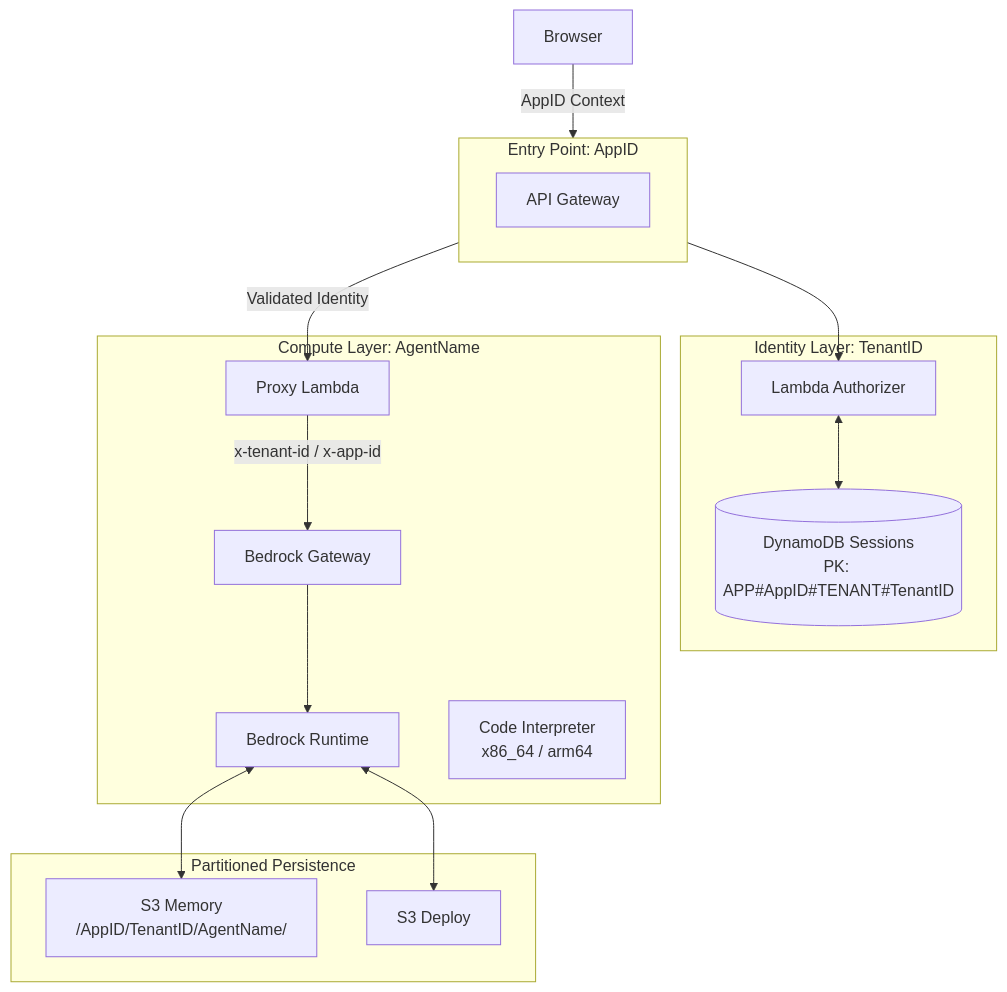
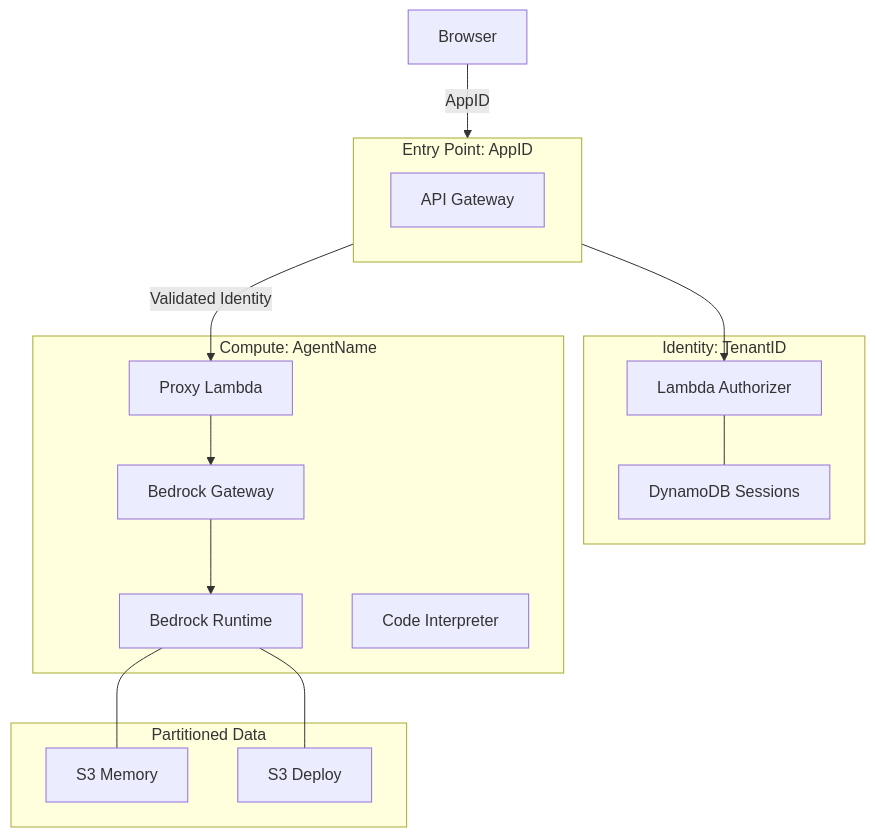
One commit to j3brns/tf-harness-acore changed the second of 2 diagrams in README.md. Above: the diagram before and after it, drawn with Mermaid. The commit also changed other lines of this file, not shown here.

````diff
--- a/README.md
+++ b/README.md
@@ -57,32 +86,32 @@
 ```mermaid
-flowchart TD
-    subgraph North["Entry Point: AppID"]
-        APIGW["API Gateway"]
+graph TD
+    subgraph North[Entry Point: AppID]
+        APIGW[API Gateway]
     end
 
-    subgraph Middle["Identity Layer: TenantID"]
-        LAuthorizer["Lambda Authorizer"]
-        DDB[("DynamoDB Sessions<br/>PK: APP#AppID#TENANT#TenantID")]
+    subgraph Middle[Identity: TenantID]
+        LAuthorizer[Lambda Authorizer]
+        DDB[DynamoDB Sessions]
     end
 
-    subgraph South["Compute Layer: AgentName"]
-        LProxy["Proxy Lambda"]
-        BGateway["Bedrock Gateway"]
-        BRuntime["Bedrock Runtime"]
-        BSandbox["Code Interpreter<br/>x86_64 / arm64"]
+    subgraph South[Compute: AgentName]
+        LProxy[Proxy Lambda]
+        BGateway[Bedrock Gateway]
+        BRuntime[Bedrock Runtime]
+        BSandbox[Code Interpreter]
     end
 
-    subgraph Storage["Partitioned Persistence"]
-        S3Memory["S3 Memory<br/>/AppID/TenantID/AgentName/"]
-        S3Deploy["S3 Deploy"]
+    subgraph Storage[Partitioned Data]
+        S3Memory[S3 Memory]
+        S3Deploy[S3 Deploy]
     end
 
-    Browser["Browser"] -- "AppID Context" --> North
+    Browser[Browser] -- AppID --> North
     North --> LAuthorizer
-    LAuthorizer <--> DDB
-    North -- "Validated Identity" --> LProxy
-    LProxy -- "x-tenant-id / x-app-id" --> BGateway
+    LAuthorizer --- DDB
+    North -- Validated Identity --> LProxy
+    LProxy --> BGateway
     BGateway --> BRuntime
-    BRuntime <--> S3Memory
-    BRuntime <--> S3Deploy
+    BRuntime --- S3Memory
+    BRuntime --- S3Deploy
 ```
````
